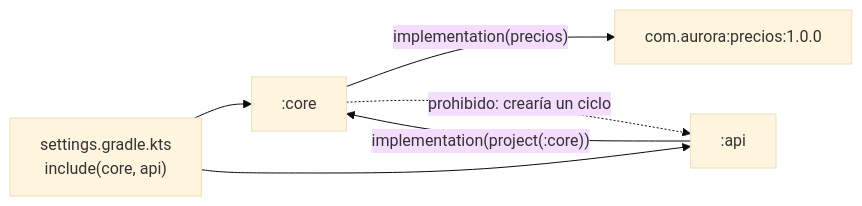
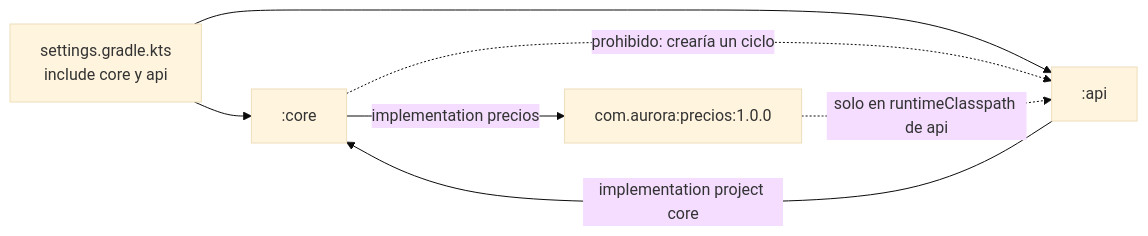
The third of 4 diagrams in web/public/content/java/modulo-8.md (NICORUIZ93/The_Imperial_Book), drawn with Mermaid (base theme) before and after one commit. The commit also changed other lines of this file and 65 other files, not shown here.

````diff
--- a/web/public/content/java/modulo-8.md
+++ b/web/public/content/java/modulo-8.md
@@ -1204,8 +1371,9 @@
 ```mermaid
 flowchart LR
-  S["settings.gradle.kts<br/>include(core, api)"] --> C[":core"]
+  S["settings.gradle.kts<br/>include core y api"] --> C[":core"]
   S --> A[":api"]
-  A -- "implementation(project(:core))" --> C
-  C -- "implementation(precios)" --> P["com.aurora:precios:1.0.0"]
+  A -- "implementation project core" --> C
+  C -- "implementation precios" --> P["com.aurora:precios:1.0.0"]
   C -. "prohibido: crearía un ciclo" .-> A
+  P -. "solo en runtimeClasspath de api" .-> A
 ```
````
